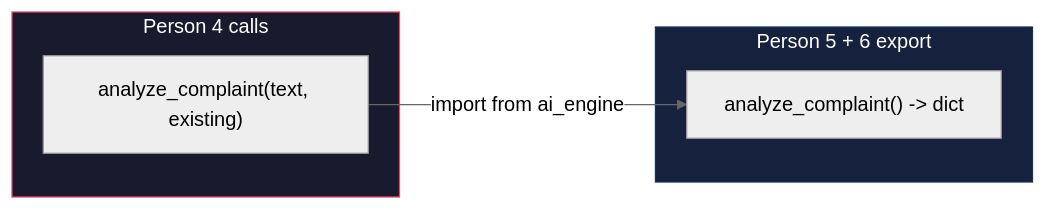
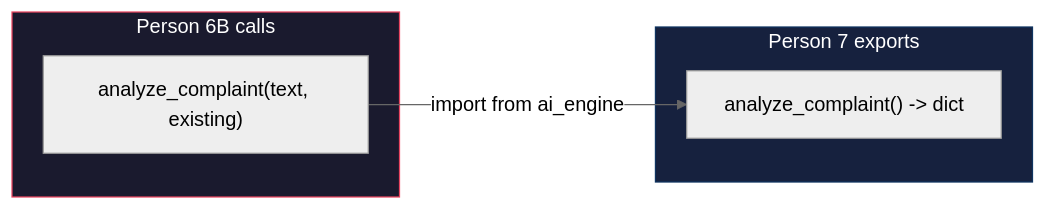
The fifth of 16 diagrams in BACKEND_GUIDE_v2.md (SatvikDB/CivicMind), drawn with Mermaid (neutral theme) before and after one commit. The commit also changed other lines of this file, not shown here.

````diff
--- a/BACKEND_GUIDE_v2.md
+++ b/BACKEND_GUIDE_v2.md
@@ -1097,15 +1114,15 @@
 ```mermaid
 graph LR
-    subgraph Person4["Person 4 calls"]
+    subgraph Person6B["Person 6B calls"]
         A["analyze_complaint(text, existing)"]
     end
 
-    subgraph Person5["Person 5 + 6 export"]
+    subgraph Person7["Person 7 exports"]
         B["analyze_complaint() -> dict"]
     end
 
     A -->|"import from ai_engine"| B
 
-    style Person4 fill:#1a1a2e,stroke:#e94560,color:#fff
-    style Person5 fill:#16213e,stroke:#0f3460,color:#fff
+    style Person6B fill:#1a1a2e,stroke:#e94560,color:#fff
+    style Person7 fill:#16213e,stroke:#0f3460,color:#fff
 ```
````
